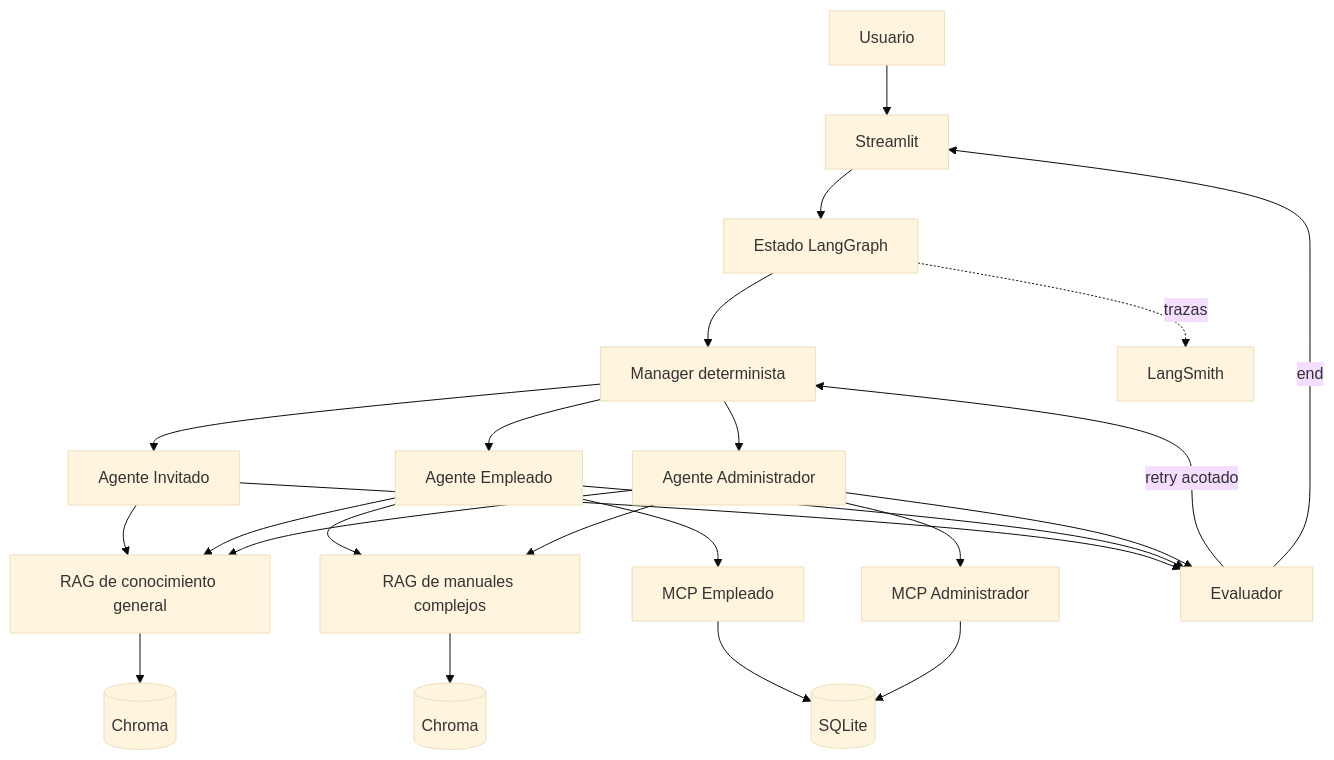
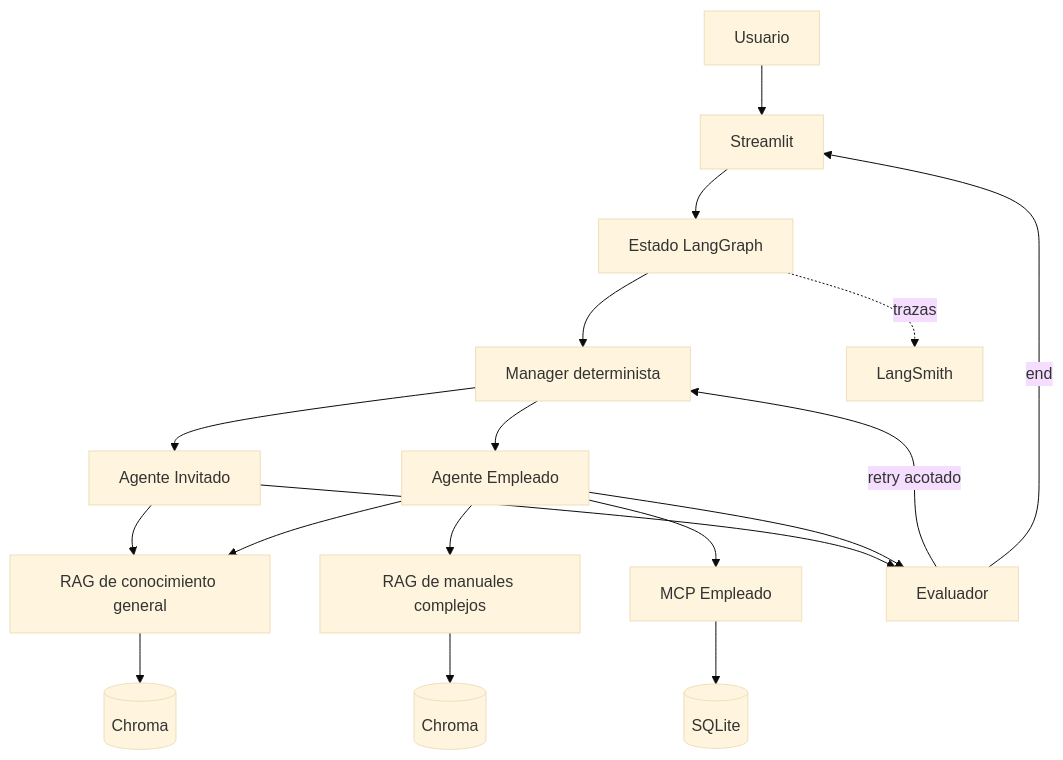
Before and after one commit to leonardog87/CODER-102110-AI-Engineering-GOMEZ: the diagram in README.md, drawn with Mermaid (base theme). The commit also changed other lines of this file and 51 other files, not shown here.

````diff
--- a/README.md
+++ b/README.md
@@ -12,26 +12,20 @@
 ```mermaid
 flowchart TD
     U[Usuario] --> UI[Streamlit]
     UI --> S[Estado LangGraph]
     S --> M[Manager determinista]
     M --> I[Agente Invitado]
     M --> E[Agente Empleado]
-    M --> A[Agente Administrador]
     I --> KG[RAG de conocimiento general]
     E --> KG
     E --> CR[RAG de manuales complejos]
-    A --> KG
-    A --> CR
     E --> ME[MCP Empleado]
-    A --> MA[MCP Administrador]
     ME --> DB[(SQLite)]
-    MA --> DB
     I --> EV[Evaluador]
     E --> EV
-    A --> EV
     EV -->|retry acotado| M
     EV -->|end| UI
     S -. trazas .-> LS[LangSmith]
     KG --> C1[(Chroma)]
     CR --> C2[(Chroma)]
 ```
````
